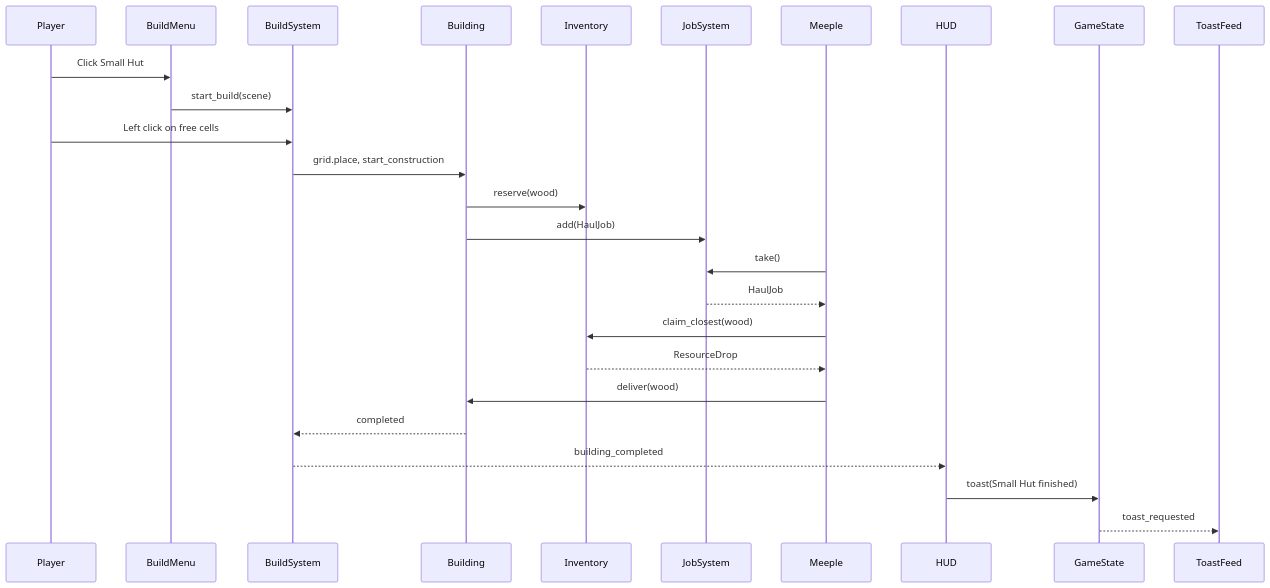
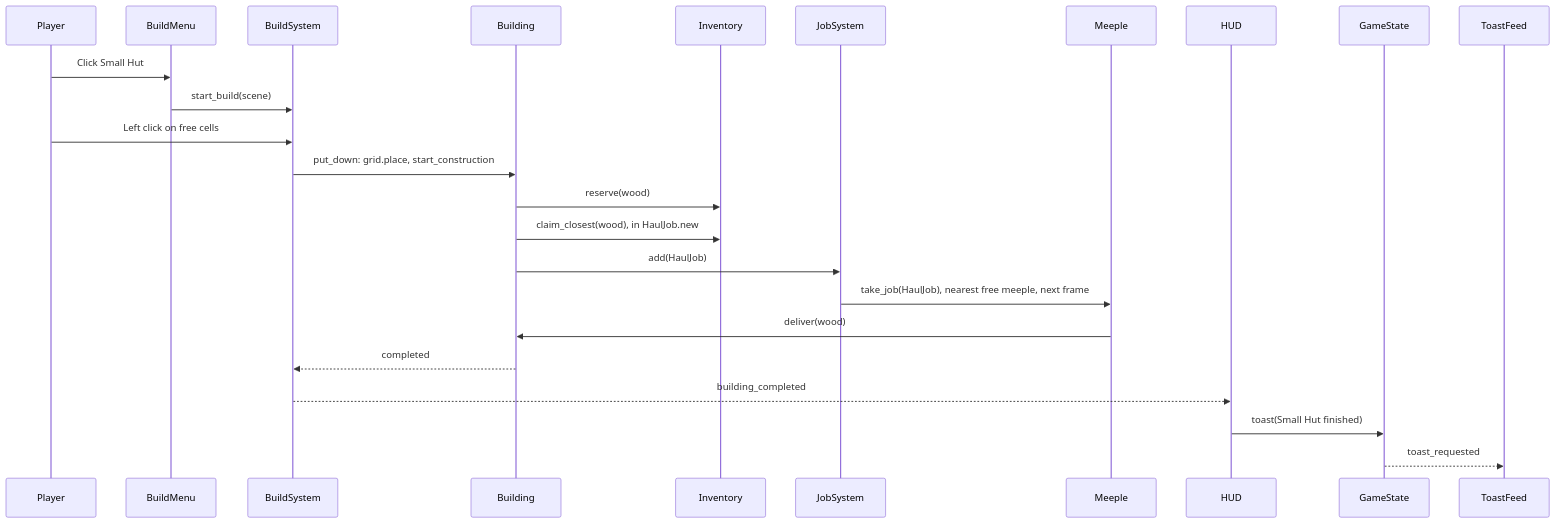
Before and after one commit to Liam-M-Mays/game-jam-2026: the fifth of 11 diagrams in docs/architecture.md, drawn with Mermaid. The commit also changed other lines of this file and 162 other files, not shown here.

````diff
--- a/docs/architecture.md
+++ b/docs/architecture.md
@@ -182,29 +213,27 @@
 ```mermaid
 sequenceDiagram
     participant Player
     participant BuildMenu
     participant BuildSystem
     participant Building
     participant Inventory
     participant JobSystem
     participant Meeple
     participant HUD
     participant GameState
     participant ToastFeed
 
     Player->>BuildMenu: Click Small Hut
     BuildMenu->>BuildSystem: start_build(scene)
     Player->>BuildSystem: Left click on free cells
-    BuildSystem->>Building: grid.place, start_construction
+    BuildSystem->>Building: put_down: grid.place, start_construction
     Building->>Inventory: reserve(wood)
+    Building->>Inventory: claim_closest(wood), in HaulJob.new
     Building->>JobSystem: add(HaulJob)
-    Meeple->>JobSystem: take()
-    JobSystem-->>Meeple: HaulJob
-    Meeple->>Inventory: claim_closest(wood)
-    Inventory-->>Meeple: ResourceDrop
+    JobSystem->>Meeple: take_job(HaulJob), nearest free meeple, next frame
     Meeple->>Building: deliver(wood)
     Building-->>BuildSystem: completed
     BuildSystem-->>HUD: building_completed
     HUD->>GameState: toast(Small Hut finished)
     GameState-->>ToastFeed: toast_requested
 ```
````
